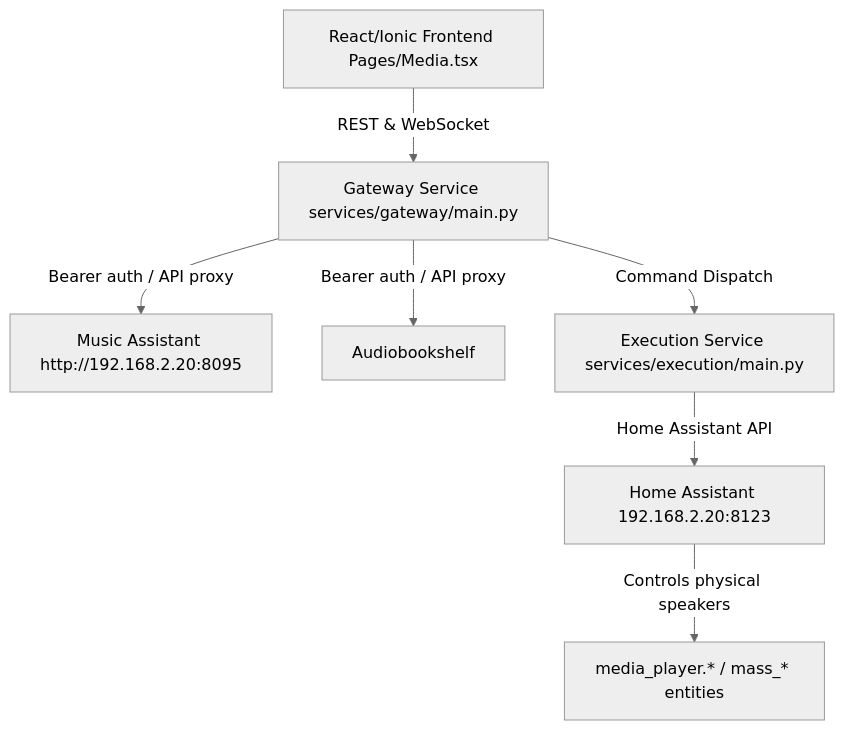
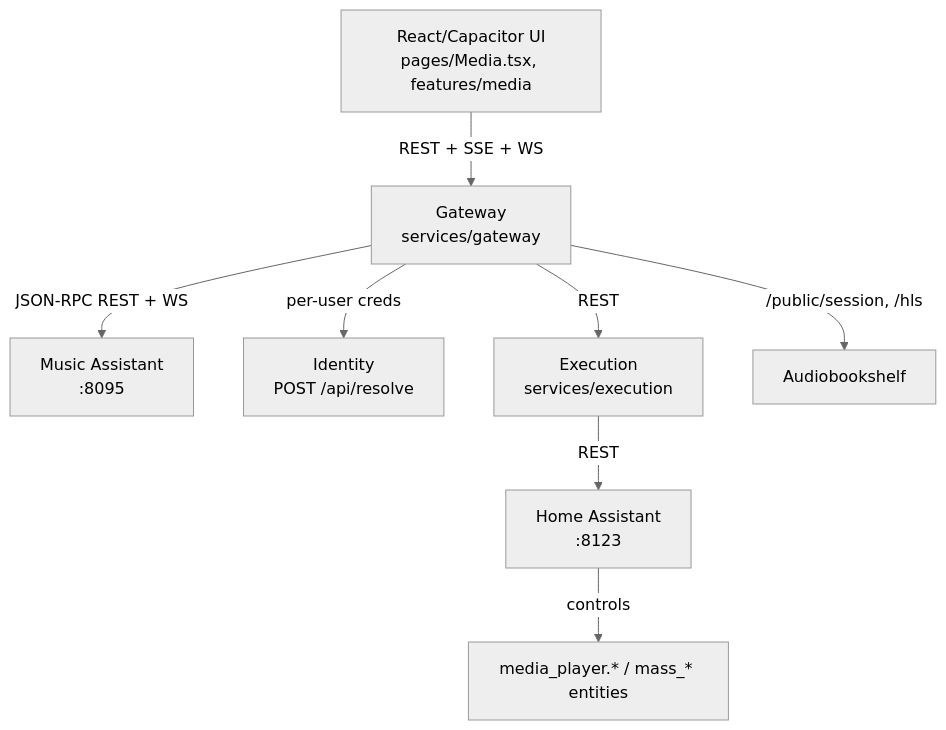
The diagram in docs/MEDIA_PLAYER.md (JMiahMan1/SharedLLM), drawn with Mermaid (neutral theme) before and after one commit. The commit also changed other lines of this file and 2 other files, not shown here.

First line of the commit message:
Describe the media stack that actually shipped

````diff
--- a/docs/MEDIA_PLAYER.md
+++ b/docs/MEDIA_PLAYER.md
@@ -11,9 +11,10 @@
 ```mermaid
 graph TD
-    UI[React/Ionic Frontend Pages/Media.tsx] -->|REST & WebSocket| GW[Gateway Service services/gateway/main.py]
-    GW -->|Bearer auth / API proxy| MA[Music Assistant http://192.168.2.20:8095]
-    GW -->|Bearer auth / API proxy| ABS[Audiobookshelf]
-    GW -->|Command Dispatch| EX[Execution Service services/execution/main.py]
-    EX -->|Home Assistant API| HA[Home Assistant 192.168.2.20:8123]
-    HA -->|Controls physical speakers| Player[media_player.* / mass_* entities]
+    UI[React/Capacitor UI<br/>pages/Media.tsx, features/media] -->|REST + SSE + WS| GW[Gateway<br/>services/gateway]
+    GW -->|JSON-RPC REST + WS| MA[Music Assistant<br/>:8095]
+    GW -->|per-user creds| ID[Identity<br/>POST /api/resolve]
+    GW -->|REST| EX[Execution<br/>services/execution]
+    EX -->|REST| HA[Home Assistant<br/>:8123]
+    GW -->|/public/session, /hls| ABS[Audiobookshelf]
+    HA -->|controls| PLAYERS[media_player.* / mass_* entities]
 ```
````
